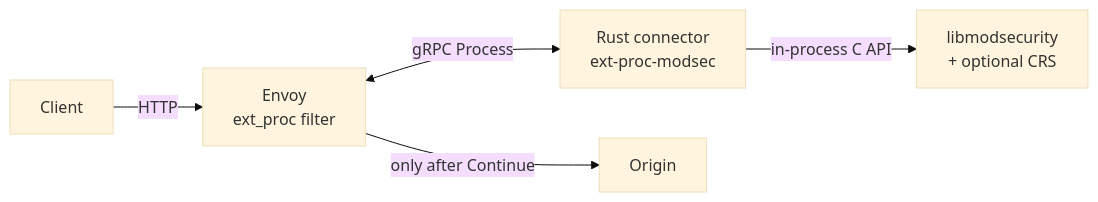
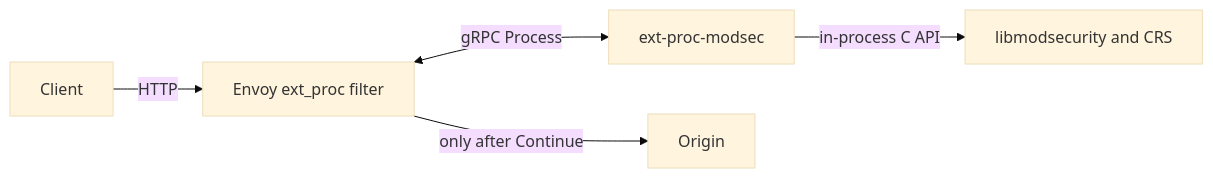
Before and after one commit to etiennemunnich/modsec-envoy-connector: the first of 2 diagrams in docs/how-it-works.md, drawn with Mermaid (base theme). The commit also changed other lines of this file and 136 other files, not shown here.

````diff
--- a/docs/how-it-works.md
+++ b/docs/how-it-works.md
@@ -36,7 +24,7 @@
 ```mermaid
 flowchart LR
-  C[Client] -->|HTTP| E[Envoy<br/>ext_proc filter]
-  E <-->|gRPC Process| R[Rust connector<br/>ext-proc-modsec]
-  R -->|in-process C API| M[libmodsecurity<br/>+ optional CRS]
+  C[Client] -->|HTTP| E[Envoy ext_proc filter]
+  E <-->|gRPC Process| R[ext-proc-modsec]
+  R -->|in-process C API| M[libmodsecurity and CRS]
   E -->|only after Continue| U[Origin]
 ```
````
